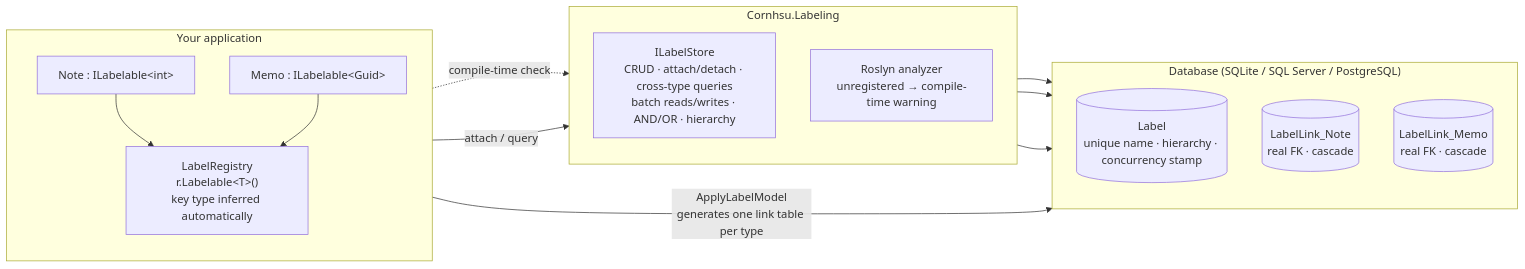
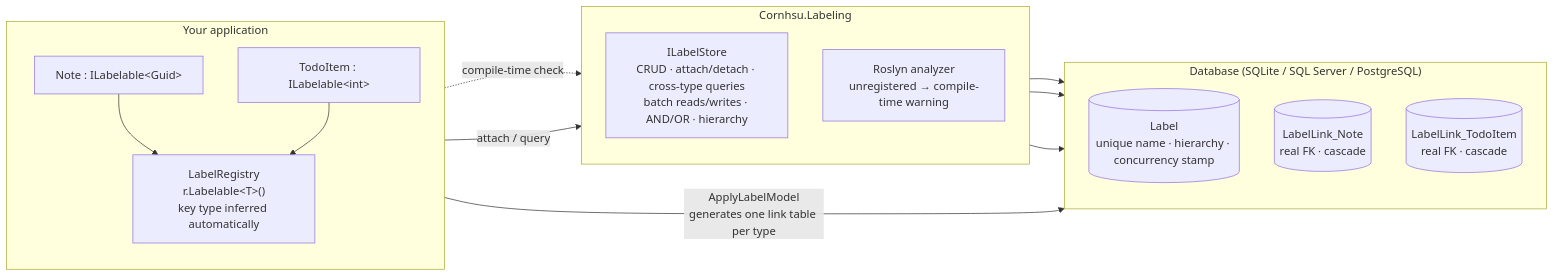
The diagram in README.md (HSU-YU-MING/cornhsu-labeling), drawn with Mermaid before and after one commit. The commit also changed other lines of this file and 5 other files, not shown here.

````diff
--- a/README.md
+++ b/README.md
@@ -19,31 +19,31 @@
 ```mermaid
 flowchart LR
     subgraph app["Your application"]
         direction TB
-        note["Note : ILabelable&lt;int&gt;"]
-        memo["Memo : ILabelable&lt;Guid&gt;"]
+        note["Note : ILabelable&lt;Guid&gt;"]
+        todo["TodoItem : ILabelable&lt;int&gt;"]
         reg["LabelRegistry<br/>r.Labelable&lt;T&gt;()<br/>key type inferred automatically"]
     end
 
     subgraph pkg["Cornhsu.Labeling"]
         direction TB
         store["ILabelStore<br/>CRUD · attach/detach · cross-type queries<br/>batch reads/writes · AND/OR · hierarchy"]
         analyzer["Roslyn analyzer<br/>unregistered → compile-time warning"]
     end
 
     subgraph db["Database (SQLite / SQL Server / PostgreSQL)"]
         direction TB
         label[("Label<br/>unique name · hierarchy · concurrency stamp")]
         link1[("LabelLink_Note<br/>real FK · cascade")]
-        link2[("LabelLink_Memo<br/>real FK · cascade")]
+        link2[("LabelLink_TodoItem<br/>real FK · cascade")]
     end
 
     note -.->|"compile-time check"| analyzer
     note --> reg
-    memo --> reg
+    todo --> reg
     reg -->|"ApplyLabelModel<br/>generates one link table per type"| db
     app -->|"attach / query"| store
     store --> label
     store --> link1
     store --> link2
 ```
````
